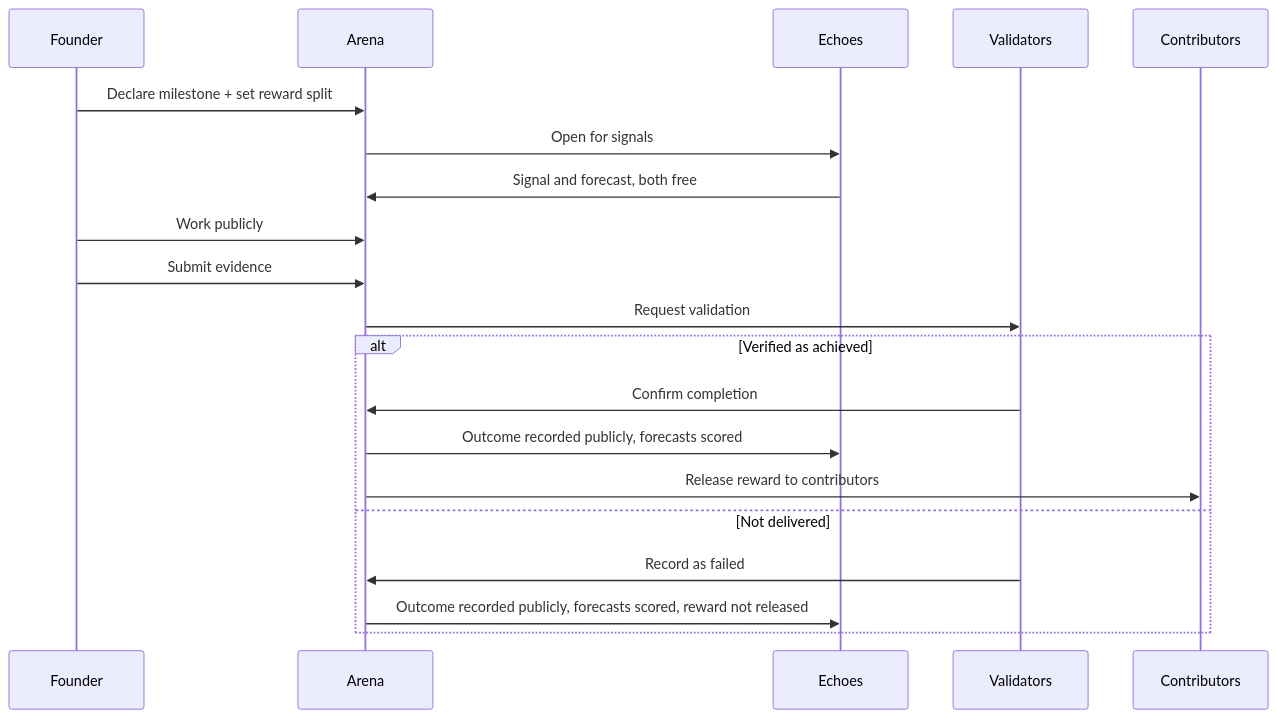
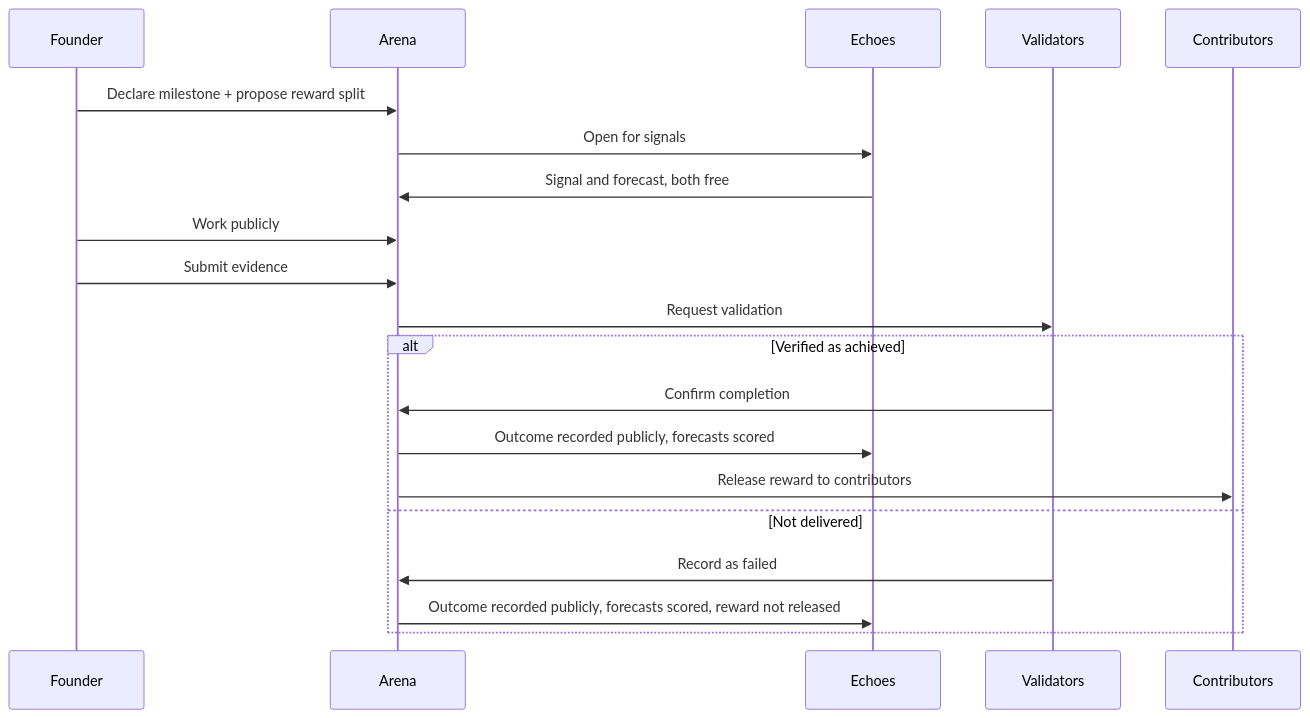
The first of 2 diagrams in docs/overview-guide/arena-system.md (studio3-labs/studio3-docs), drawn with Mermaid before and after one commit. The commit also changed other lines of this file and 4 other files, not shown here.

````diff
--- a/docs/overview-guide/arena-system.md
+++ b/docs/overview-guide/arena-system.md
@@ -83,23 +83,23 @@
 ```mermaid
 sequenceDiagram
     participant F as Founder
     participant A as Arena
     participant E as Echoes
     participant V as Validators
     participant C as Contributors
 
-    F->>A: Declare milestone + set reward split
+    F->>A: Declare milestone + propose reward split
     A->>E: Open for signals
     E->>A: Signal and forecast, both free
     F->>A: Work publicly
     F->>A: Submit evidence
     A->>V: Request validation
     alt Verified as achieved
         V->>A: Confirm completion
         A->>E: Outcome recorded publicly, forecasts scored
         A->>C: Release reward to contributors
     else Not delivered
         V->>A: Record as failed
         A->>E: Outcome recorded publicly, forecasts scored, reward not released
     end
 ```
````
